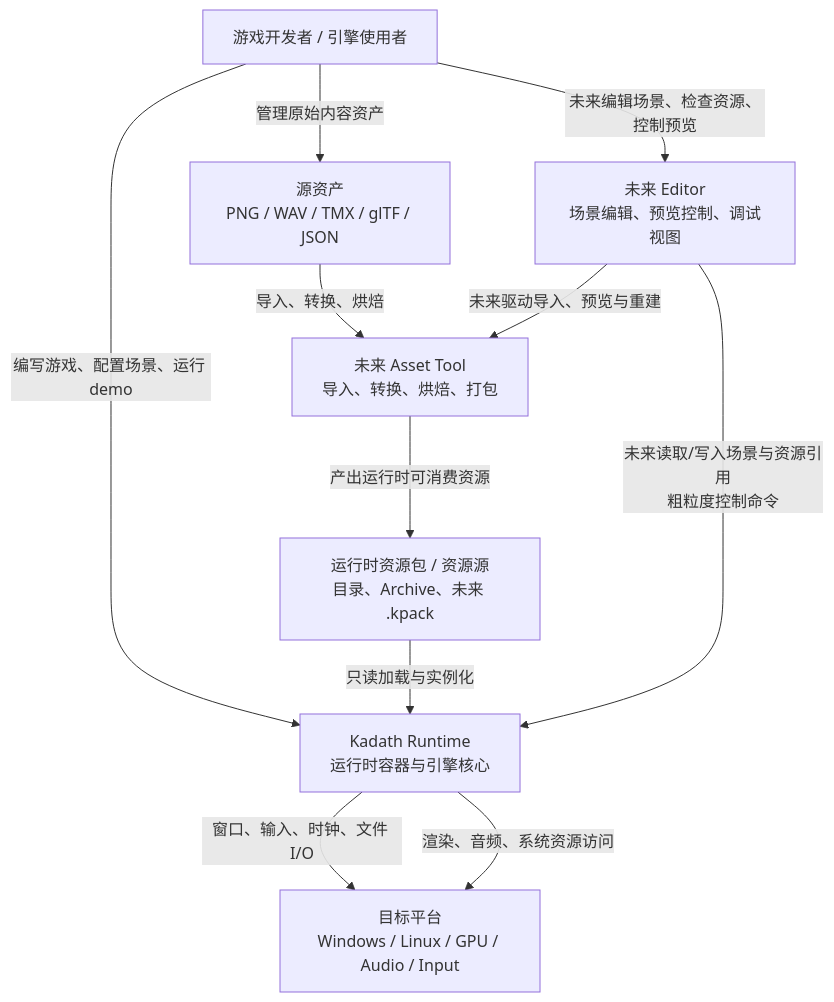
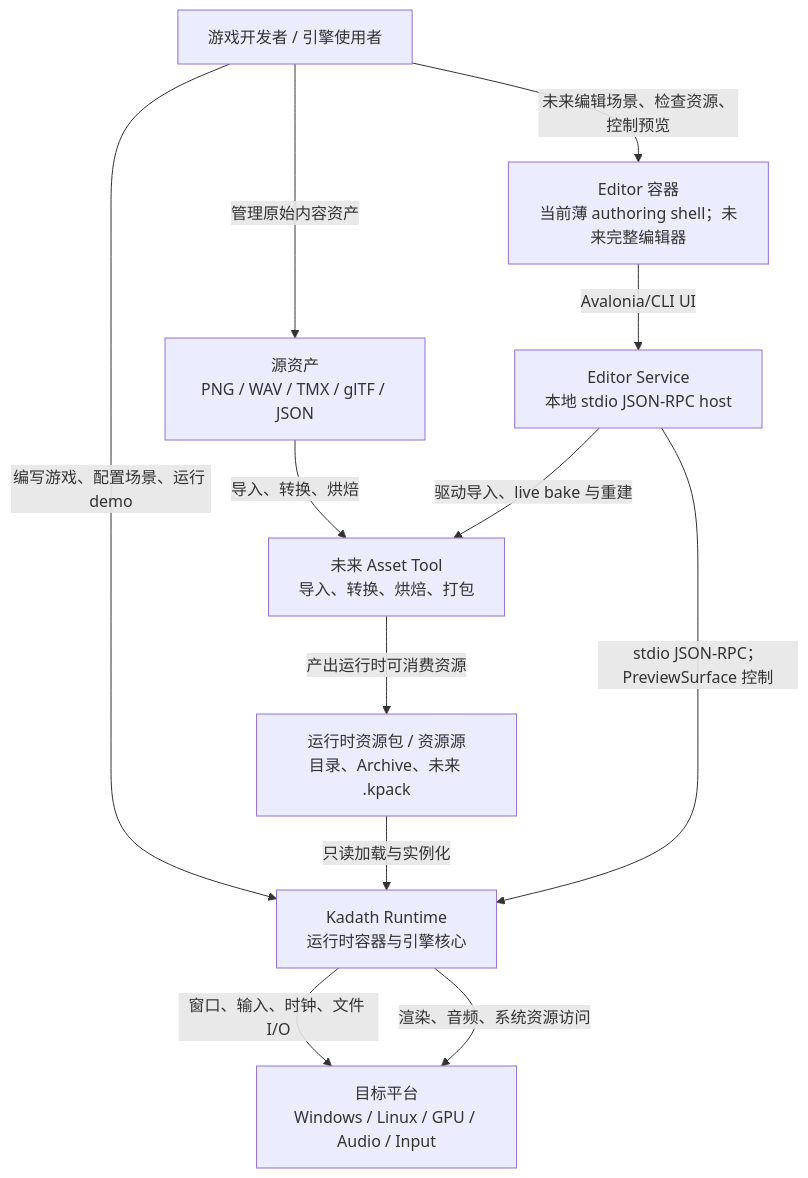
The diagram in docs/architecture/c4-context.md (alloyzer0/Kadath), drawn with Mermaid before and after one commit. The commit also changed other lines of this file and 2 other files, not shown here.

Commit message:
docs(editor): document package and architecture boundaries

````diff
--- a/docs/architecture/c4-context.md
+++ b/docs/architecture/c4-context.md
@@ -31,24 +31,26 @@
 ```mermaid
 graph TD
     Developer["游戏开发者 / 引擎使用者"]
     Runtime["Kadath Runtime<br/>运行时容器与引擎核心"]
-    Editor["未来 Editor<br/>场景编辑、预览控制、调试视图"]
+    Editor["Editor 容器<br/>当前薄 authoring shell；未来完整编辑器"]
+    EditorService["Editor Service<br/>本地 stdio JSON-RPC host"]
     AssetTool["未来 Asset Tool<br/>导入、转换、烘焙、打包"]
     SourceAssets["源资产<br/>PNG / WAV / TMX / glTF / JSON"]
     RuntimeAssets["运行时资源包 / 资源源<br/>目录、Archive、未来 .kpack"]
     Platform["目标平台<br/>Windows / Linux / GPU / Audio / Input"]
 
     Developer -->|"编写游戏、配置场景、运行 demo"| Runtime
     Developer -->|"未来编辑场景、检查资源、控制预览"| Editor
     Developer -->|"管理原始内容资产"| SourceAssets
 
     SourceAssets -->|"导入、转换、烘焙"| AssetTool
     AssetTool -->|"产出运行时可消费资源"| RuntimeAssets
     RuntimeAssets -->|"只读加载与实例化"| Runtime
 
-    Editor -->|"未来读取/写入场景与资源引用<br/>粗粒度控制命令"| Runtime
-    Editor -->|"未来驱动导入、预览与重建"| AssetTool
+    Editor -->|"Avalonia/CLI UI"| EditorService
+    EditorService -->|"stdio JSON-RPC；PreviewSurface 控制"| Runtime
+    EditorService -->|"驱动导入、live bake 与重建"| AssetTool
 
     Runtime -->|"窗口、输入、时钟、文件 I/O"| Platform
     Runtime -->|"渲染、音频、系统资源访问"| Platform
 ```
````
